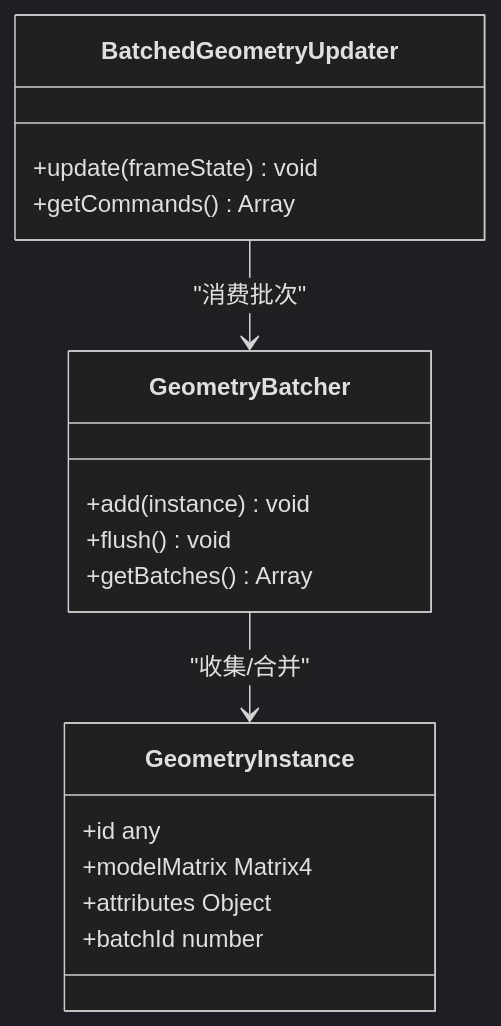
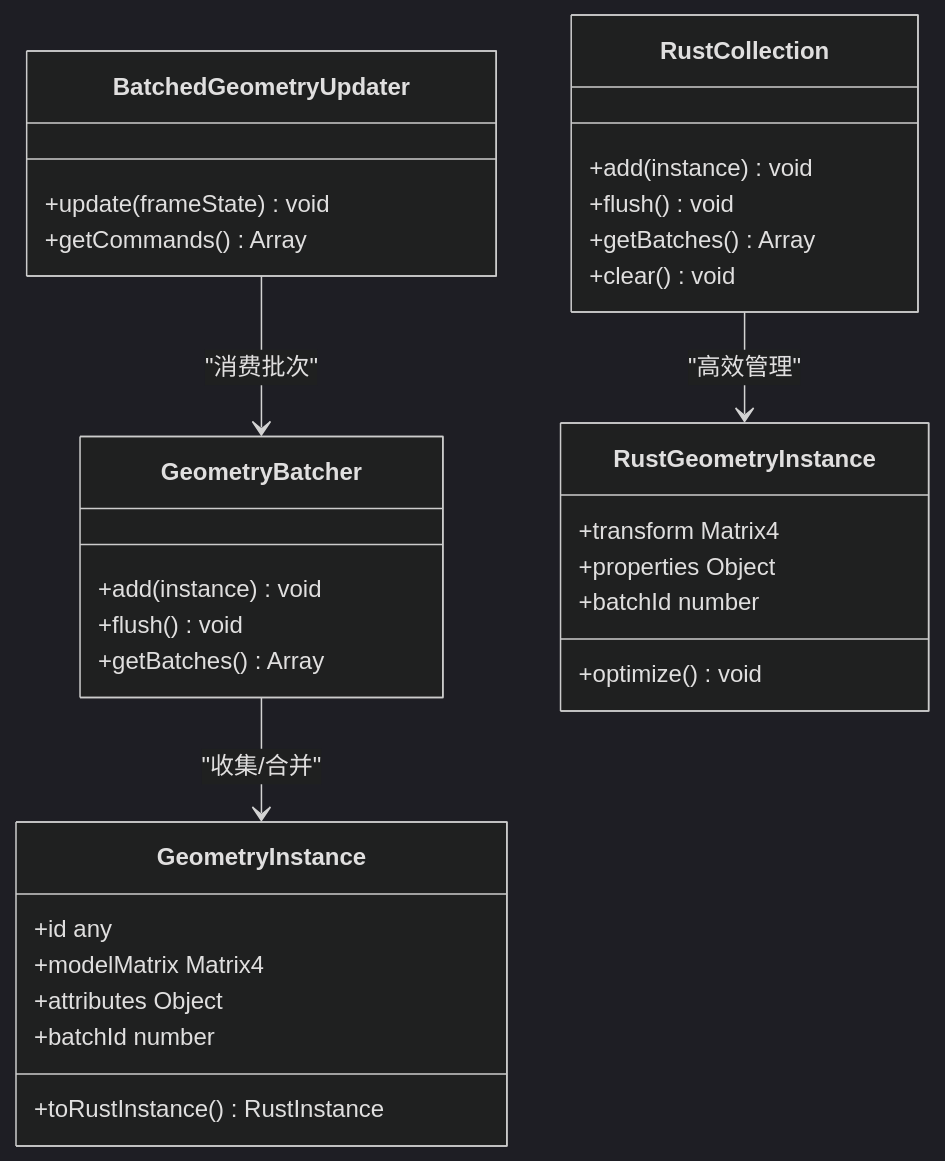
One commit to rzhangjing/cesium changed the fifth of 10 diagrams in .qoder/repowiki/zh/content/实体和几何体/原始图形渲染.md. Above: the diagram before and after it, drawn with Mermaid (dark theme). The commit also changed other lines of this file and 60 other files, not shown here.

````diff
--- a/.qoder/repowiki/zh/content/实体和几何体/原始图形渲染.md
+++ b/.qoder/repowiki/zh/content/实体和几何体/原始图形渲染.md
@@ -260,20 +302,34 @@
 ```mermaid
 classDiagram
 class GeometryInstance {
 +id any
 +modelMatrix Matrix4
 +attributes Object
 +batchId number
++toRustInstance() RustInstance
 }
 class GeometryBatcher {
 +add(instance) void
 +flush() void
 +getBatches() Array
 }
 class BatchedGeometryUpdater {
 +update(frameState) void
 +getCommands() Array
 }
+class RustGeometryInstance {
++transform Matrix4
++properties Object
++batchId number
++optimize() void
+}
+class RustCollection {
++add(instance) void
++flush() void
++getBatches() Array
++clear() void
+}
 GeometryBatcher --> GeometryInstance : "收集/合并"
 BatchedGeometryUpdater --> GeometryBatcher : "消费批次"
+RustCollection --> RustGeometryInstance : "高效管理"
 ```
````
